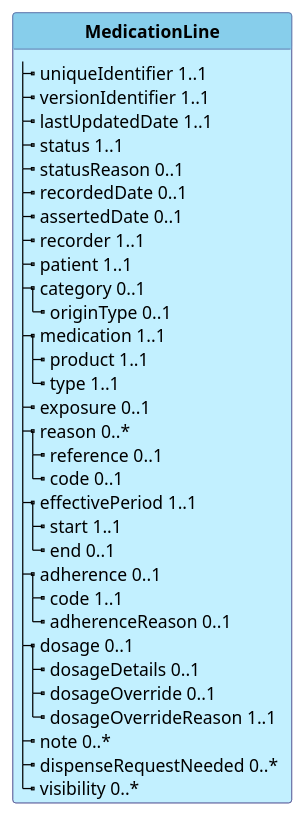
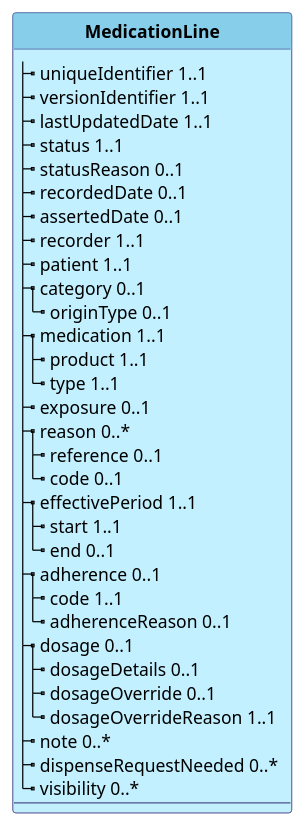
Before and after one commit to hl7-be/medication: the diagram in input/images-source/be-model-medicationline.plantuml, drawn with PlantUML. The commit also changed 7 other files, not shown here.

```diff
--- a/input/images-source/be-model-medicationline.plantuml
+++ b/input/images-source/be-model-medicationline.plantuml
@@ -1,47 +1,48 @@
 @startuml
 skinparam linetype polyline
 hide circle
 hide stereotype
 
 
 skinparam class<<TM>> {
  BorderColor #505090
  BackgroundColor APPLICATION
  HeaderBackgroundColor SkyBlue
 }
 
 
 class "**MedicationLine**" as BELMMedicationLine <<TM>>{
   |_ uniqueIdentifier 1..1   
   |_ versionIdentifier 1..1   
   |_ lastUpdatedDate 1..1   
   |_ status 1..1   
   |_ statusReason 0..1   
   |_ recordedDate 0..1   
   |_ assertedDate 0..1   
   |_ recorder 1..1   
   |_ patient 1..1   
   |_ category 0..1   
     |_ originType 0..1   
   |_ medication 1..1   
     |_ product 1..1   
     |_ type 1..1   
   |_ exposure 0..1   
   |_ reason 0..*   
     |_ reference 0..1   
     |_ code 0..1   
   |_ effectivePeriod 1..1   
     |_ start 1..1   
     |_ end 0..1   
   |_ adherence 0..1   
     |_ code 1..1   
     |_ adherenceReason 0..1   
   |_ dosage 0..1   
     |_ dosageDetails 0..1   
     |_ dosageOverride 0..1   
     |_ dosageOverrideReason 1..1   
   |_ note 0..*   
   |_ dispenseRequestNeeded 0..*   
   |_ visibility 0..*   
+  --
 }
 @enduml
```
